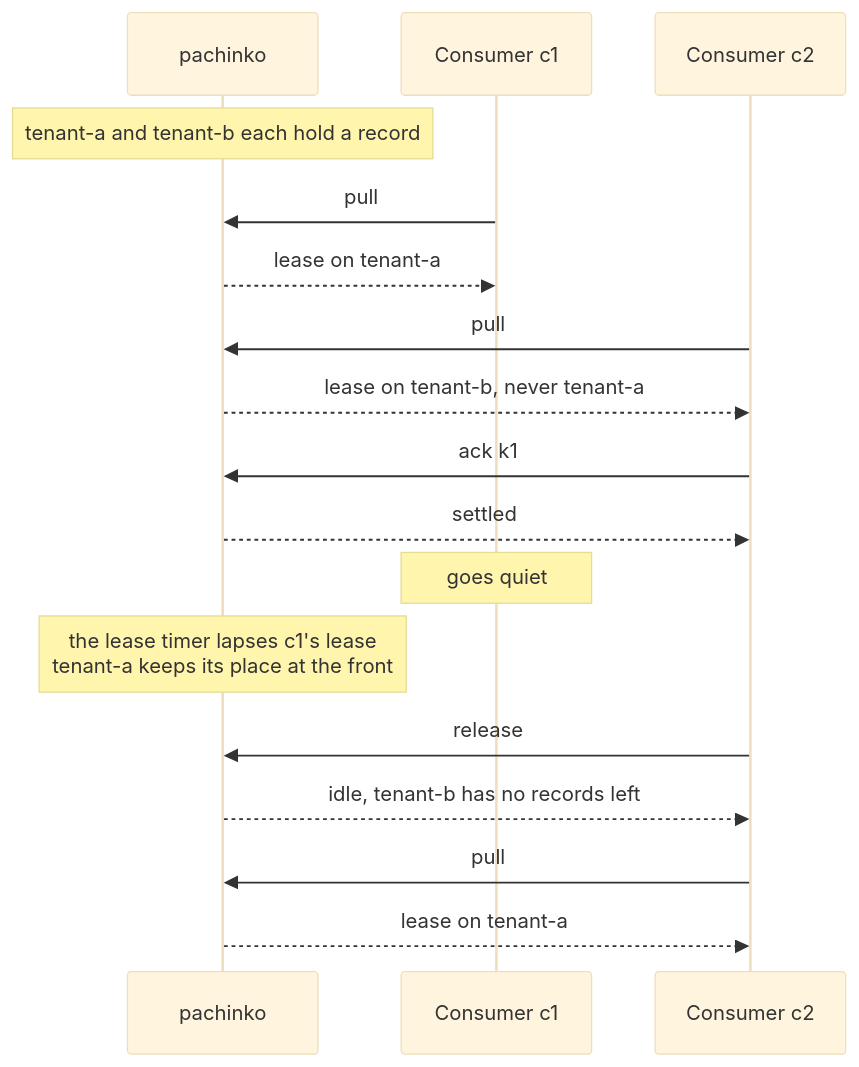
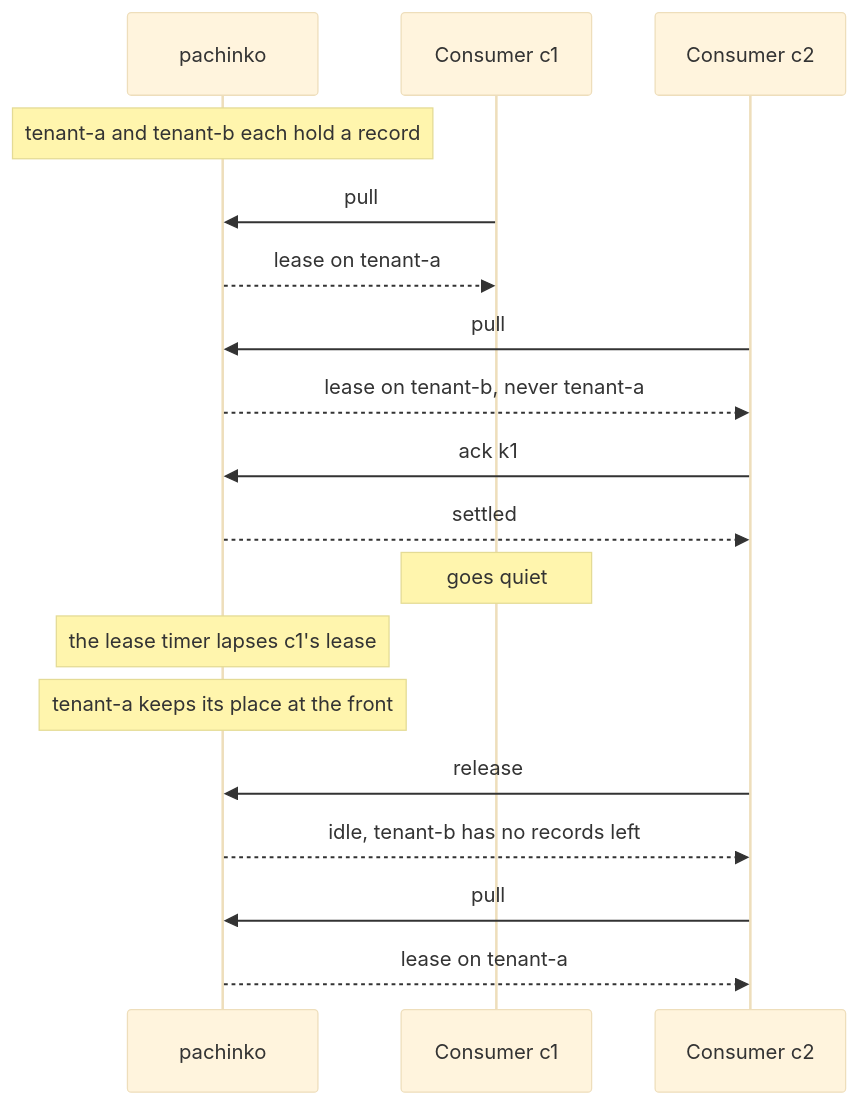
The third of 4 diagrams in README.md (BiscuitBin/pachinko), drawn with Mermaid (base theme) before and after one commit. The commit also changed other lines of this file, not shown here.

First line of the commit message:
Say a stale publish leaves the waiting version in place; one line per note

````diff
--- a/README.md
+++ b/README.md
@@ -57,19 +57,20 @@
 ```mermaid
 sequenceDiagram
     participant Q as pachinko
     participant C1 as Consumer c1
     participant C2 as Consumer c2
     Note over Q: tenant-a and tenant-b each hold a record
     C1->>Q: pull
     Q-->>C1: lease on tenant-a
     C2->>Q: pull
     Q-->>C2: lease on tenant-b, never tenant-a
     C2->>Q: ack k1
     Q-->>C2: settled
     Note over C1: goes quiet
-    Note over Q: the lease timer lapses c1's lease<br/>tenant-a keeps its place at the front
+    Note over Q: the lease timer lapses c1's lease
+    Note over Q: tenant-a keeps its place at the front
     C2->>Q: release
     Q-->>C2: idle, tenant-b has no records left
     C2->>Q: pull
     Q-->>C2: lease on tenant-a
 ```
````
